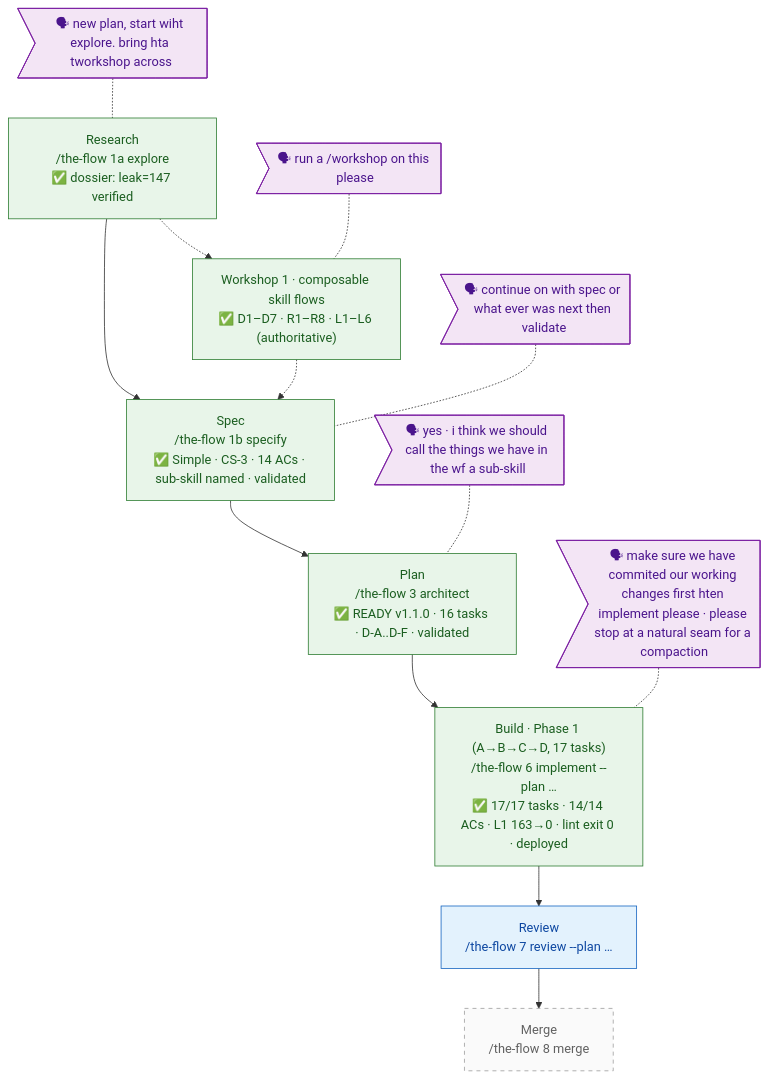
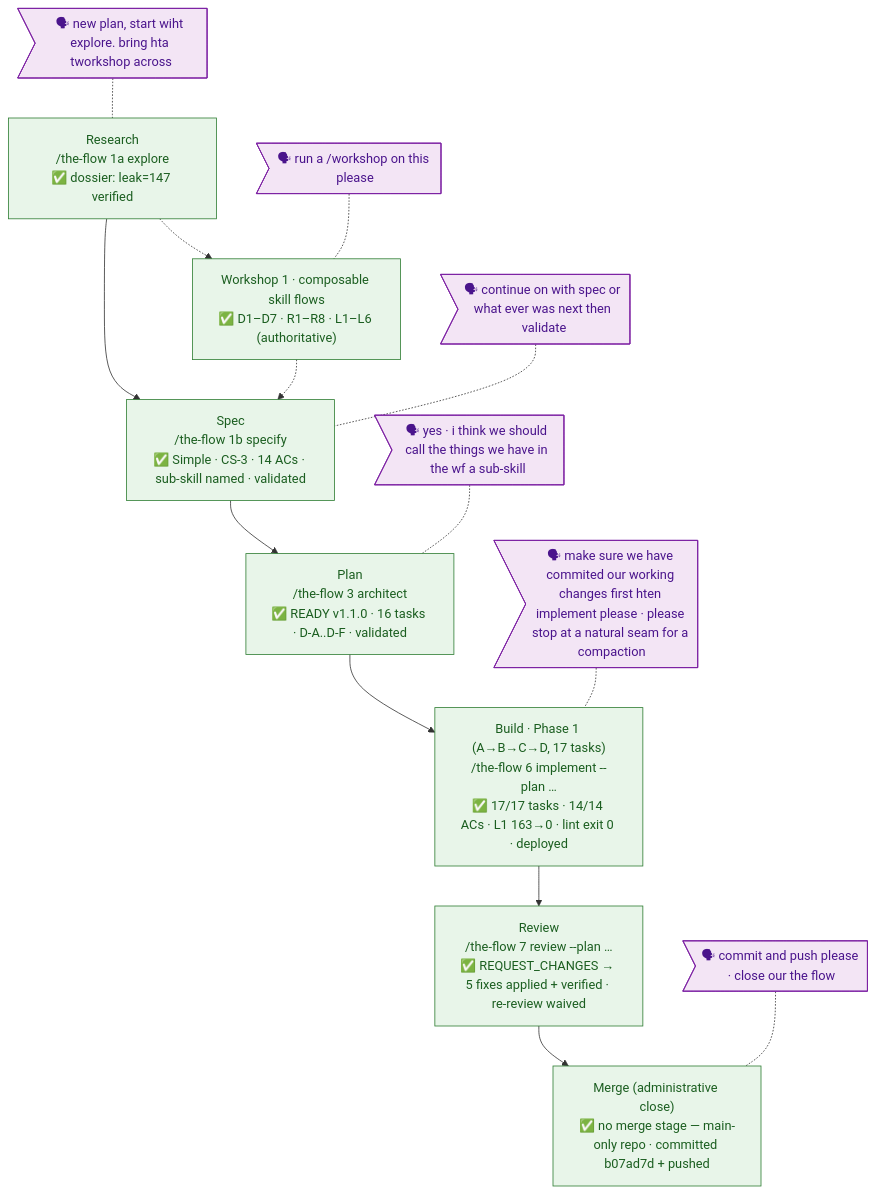
The diagram in docs/plans/031-skills-flow-architecture/the-flow.md (jakkaj/tools), drawn with Mermaid before and after one commit. The commit also changed other lines of this file and 5 other files, not shown here.

First line of the commit message:
docs: close out plan-031 flow + add single-skill the-flow install examples

````diff
--- a/docs/plans/031-skills-flow-architecture/the-flow.md
+++ b/docs/plans/031-skills-flow-architecture/the-flow.md
@@ -4,38 +4,40 @@
 ```mermaid
 flowchart TD
     classDef done fill:#E8F5E9,stroke:#2E7D32,color:#1B5E20
     classDef wip fill:#FFF3E0,stroke:#EF6C00,color:#E65100
     classDef blocked fill:#FFEBEE,stroke:#C62828,color:#B71C1C
     classDef known fill:#E3F2FD,stroke:#1565C0,color:#0D47A1
     classDef assumed fill:#FAFAFA,stroke:#9E9E9E,color:#616161,stroke-dasharray: 5 5
     classDef said fill:#F3E5F5,stroke:#7B1FA2,color:#4A148C
     classDef harness fill:#EDE7F6,stroke:#673AB7,color:#311B92
 
     research["Research<br/>/the-flow 1a explore<br/>✅ dossier: leak=147 verified"]:::done
     ws1["Workshop 1 · composable skill flows<br/>✅ D1–D7 · R1–R8 · L1–L6 (authoritative)"]:::done
     spec["Spec<br/>/the-flow 1b specify<br/>✅ Simple · CS-3 · 14 ACs · sub-skill named · validated"]:::done
     plan["Plan<br/>/the-flow 3 architect<br/>✅ READY v1.1.0 · 16 tasks · D-A..D-F · validated"]:::done
     build["Build · Phase 1 (A→B→C→D, 17 tasks)<br/>/the-flow 6 implement --plan …<br/>✅ 17/17 tasks · 14/14 ACs · L1 163→0 · lint exit 0 · deployed"]:::done
-    review["Review<br/>/the-flow 7 review --plan …"]:::known
-    merge["Merge<br/>/the-flow 8 merge"]:::assumed
+    review["Review<br/>/the-flow 7 review --plan …<br/>✅ REQUEST_CHANGES → 5 fixes applied + verified · re-review waived"]:::done
+    merge["Merge (administrative close)<br/>✅ no merge stage — main-only repo · committed b07ad7d + pushed"]:::done
 
     u_research>"🗣 new plan, start wiht explore. bring hta tworkshop across"]:::said
     u_ws1>"🗣 run a /workshop on this please"]:::said
     u_spec>"🗣 continue on with spec or what ever was next then validate"]:::said
     u_plan>"🗣 yes · i think we should call the things we have in the wf a sub-skill"]:::said
     u_build>"🗣 make sure we have commited our working changes first hten implement please · please stop at a natural seam for a compaction"]:::said
+    u_merge>"🗣 commit and push please · close our the flow"]:::said
 
     research --> spec
     research -.-> ws1
     ws1 -.-> spec
     spec --> plan
     plan --> build
     build --> review
     review --> merge
 
     u_research -.- research
     u_ws1 -.- ws1
     u_spec -.- spec
     u_plan -.- plan
     u_build -.- build
+    u_merge -.- merge
 ```
````
